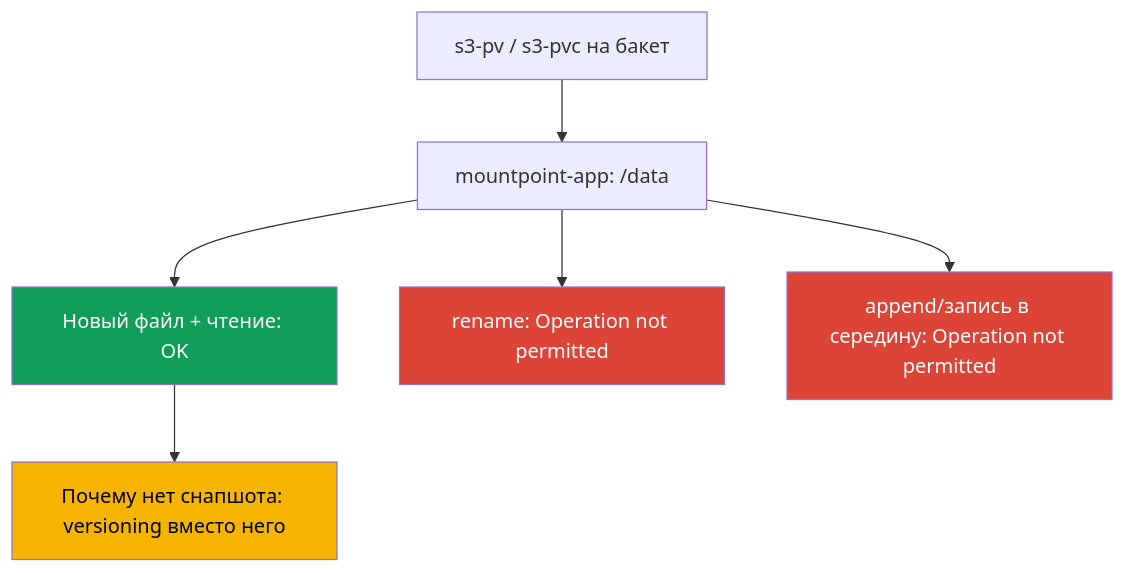
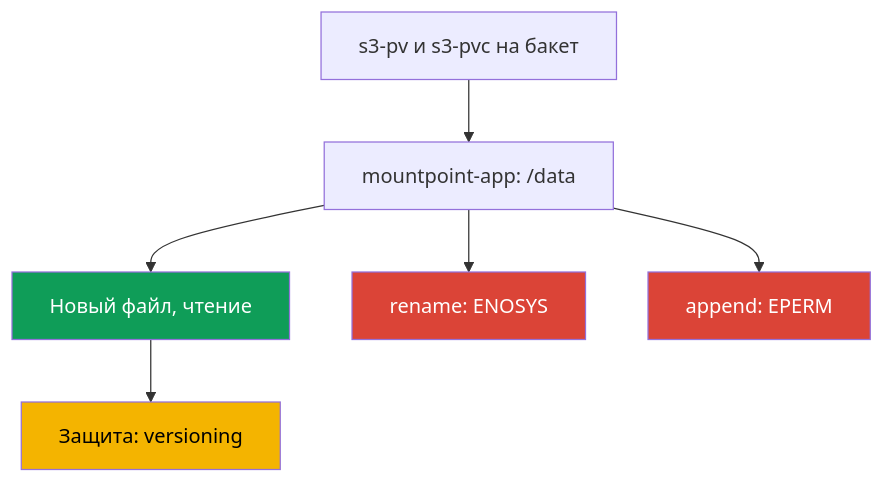
One commit to ViktorUJ/cks changed the first of 2 diagrams in tasks/eks/labs/129/README_RU.MD. Above: the diagram before and after it, drawn with Mermaid. The commit also changed other lines of this file and 78 other files, not shown here.

````diff
--- a/tasks/eks/labs/129/README_RU.MD
+++ b/tasks/eks/labs/129/README_RU.MD
@@ -37,12 +37,12 @@
 ```mermaid
 flowchart TB
-    pv["s3-pv / s3-pvc на бакет"] --> pod["mountpoint-app: /data"]
-    pod --> ok["Новый файл + чтение: OK"]
-    pod --> rn["rename: Operation not permitted"]
-    pod --> ap["append/запись в середину: Operation not permitted"]
-    ok --> bk["Почему нет снапшота: versioning вместо него"]
+    pv["s3-pv и s3-pvc на бакет"] --> pod["mountpoint-app: /data"]
+    pod --> ok["Новый файл, чтение"]
+    pod --> rn["rename: ENOSYS"]
+    pod --> ap["append: EPERM"]
+    ok --> bk["Защита: versioning"]
     style ok fill:#0f9d58,color:#fff
     style rn fill:#db4437,color:#fff
     style ap fill:#db4437,color:#fff
     style bk fill:#f4b400,color:#000
 ```
````
